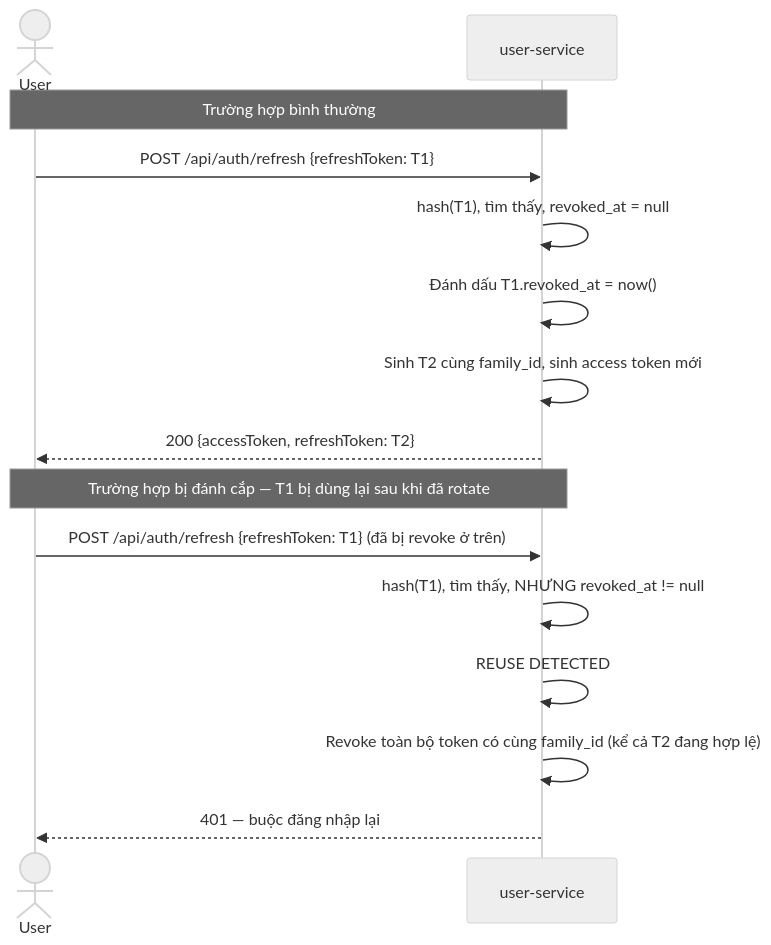
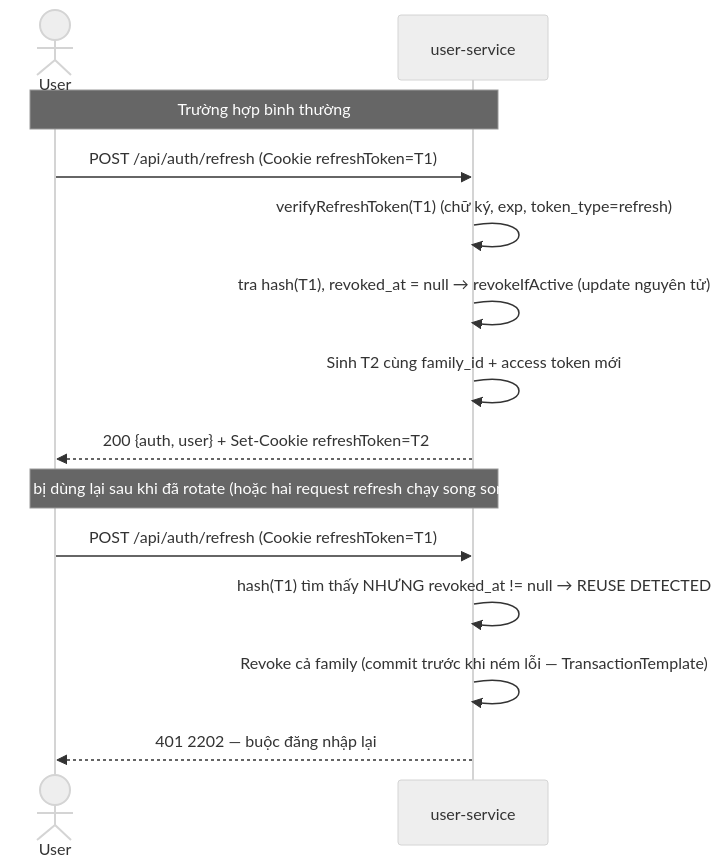
Before and after one commit to TrungLe05/vantix: the fifth of 8 diagrams in docs/auth/P1_auth_design.md, drawn with Mermaid (neutral theme). The commit also changed other lines of this file and 21 other files, not shown here.

````diff
--- a/docs/auth/P1_auth_design.md
+++ b/docs/auth/P1_auth_design.md
@@ -156,19 +157,18 @@
 ```mermaid
 sequenceDiagram
     actor U as User
     participant US as user-service
 
     Note over U,US: Trường hợp bình thường
-    U->>US: POST /api/auth/refresh {refreshToken: T1}
-    US->>US: hash(T1), tìm thấy, revoked_at = null
-    US->>US: Đánh dấu T1.revoked_at = now()
-    US->>US: Sinh T2 cùng family_id, sinh access token mới
-    US-->>U: 200 {accessToken, refreshToken: T2}
+    U->>US: POST /api/auth/refresh (Cookie refreshToken=T1)
+    US->>US: verifyRefreshToken(T1) (chữ ký, exp, token_type=refresh)
+    US->>US: tra hash(T1), revoked_at = null → revokeIfActive (update nguyên tử)
+    US->>US: Sinh T2 cùng family_id + access token mới
+    US-->>U: 200 {auth, user} + Set-Cookie refreshToken=T2
 
-    Note over U,US: Trường hợp bị đánh cắp — T1 bị dùng lại sau khi đã rotate
-    U->>US: POST /api/auth/refresh {refreshToken: T1} (đã bị revoke ở trên)
-    US->>US: hash(T1), tìm thấy, NHƯNG revoked_at != null
-    US->>US: REUSE DETECTED
-    US->>US: Revoke toàn bộ token có cùng family_id (kể cả T2 đang hợp lệ)
-    US-->>U: 401 — buộc đăng nhập lại
+    Note over U,US: T1 bị dùng lại sau khi đã rotate (hoặc hai request refresh chạy song song)
+    U->>US: POST /api/auth/refresh (Cookie refreshToken=T1)
+    US->>US: hash(T1) tìm thấy NHƯNG revoked_at != null → REUSE DETECTED
+    US->>US: Revoke cả family (commit trước khi ném lỗi — TransactionTemplate)
+    US-->>U: 401 2202 — buộc đăng nhập lại
 ```
````
